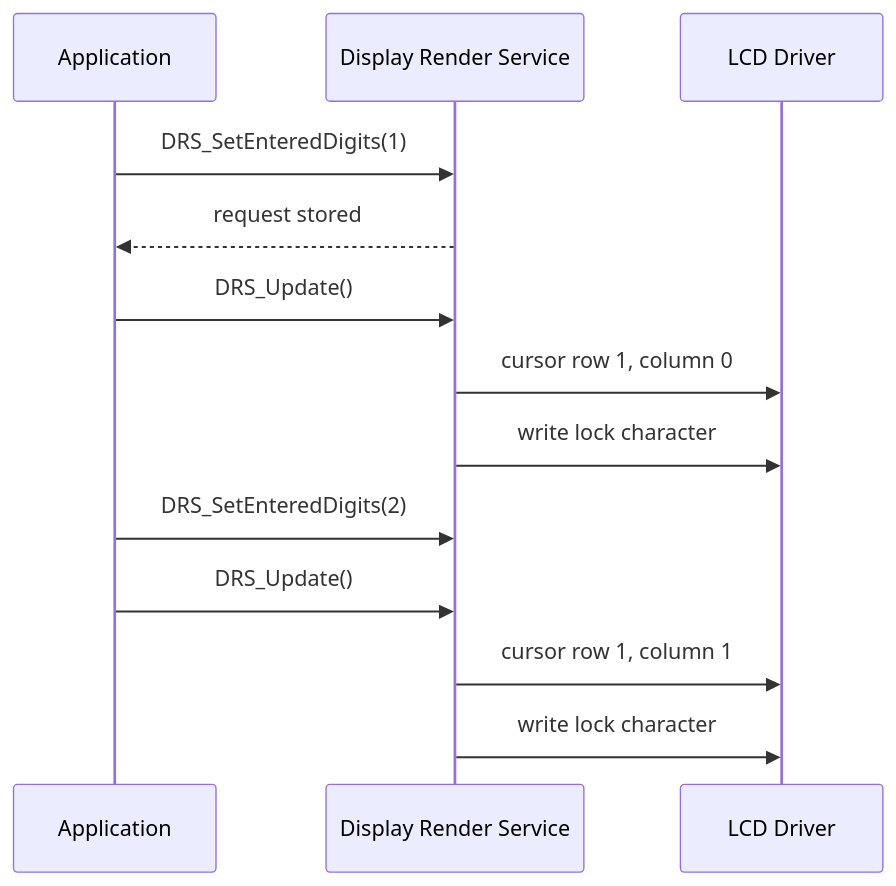
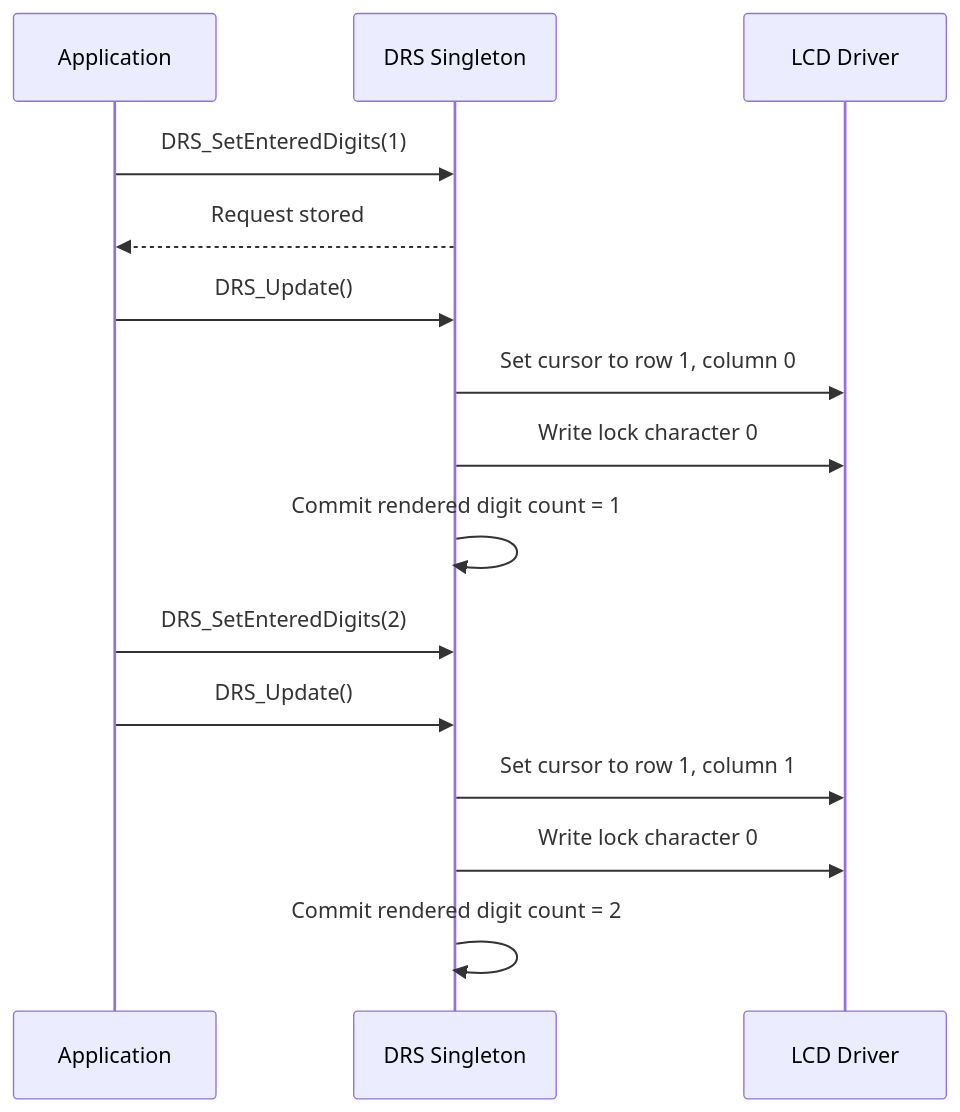
The fourth of 4 diagrams in Libs/Services/Display_Render/README.md (JP-REY/STM32F103C8T6-Based-Electronic-Lock), drawn with Mermaid before and after one commit. The commit also changed other lines of this file and 2 other files, not shown here.

First line of the commit message:
refactor(display-render): encapsulate service as singleton

````diff
--- a/Libs/Services/Display_Render/README.md
+++ b/Libs/Services/Display_Render/README.md
@@ -587,17 +660,19 @@
 ```mermaid
 sequenceDiagram
     participant APP as Application
-    participant DRS as Display Render Service
+    participant DRS as DRS Singleton
     participant LCD as LCD Driver
 
     APP->>DRS: DRS_SetEnteredDigits(1)
-    DRS-->>APP: request stored
+    DRS-->>APP: Request stored
     APP->>DRS: DRS_Update()
-    DRS->>LCD: cursor row 1, column 0
-    DRS->>LCD: write lock character
+    DRS->>LCD: Set cursor to row 1, column 0
+    DRS->>LCD: Write lock character 0
+    DRS->>DRS: Commit rendered digit count = 1
 
     APP->>DRS: DRS_SetEnteredDigits(2)
     APP->>DRS: DRS_Update()
-    DRS->>LCD: cursor row 1, column 1
-    DRS->>LCD: write lock character
+    DRS->>LCD: Set cursor to row 1, column 1
+    DRS->>LCD: Write lock character 0
+    DRS->>DRS: Commit rendered digit count = 2
 ```
````
